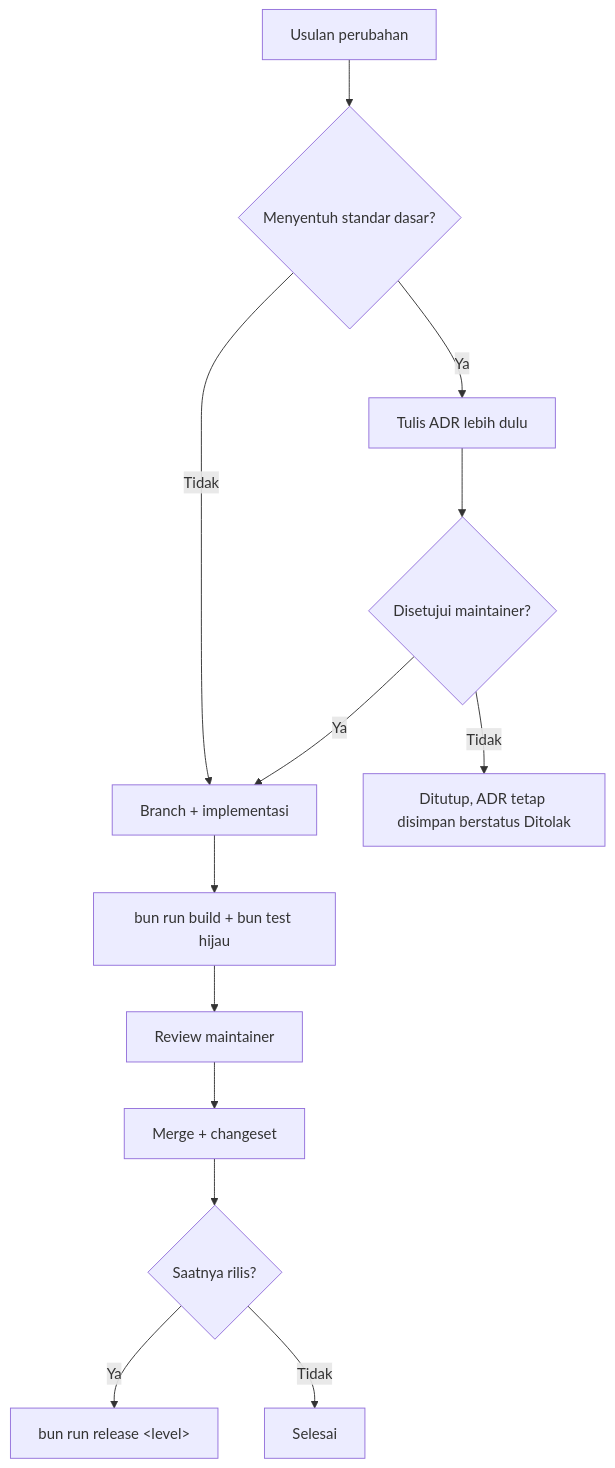
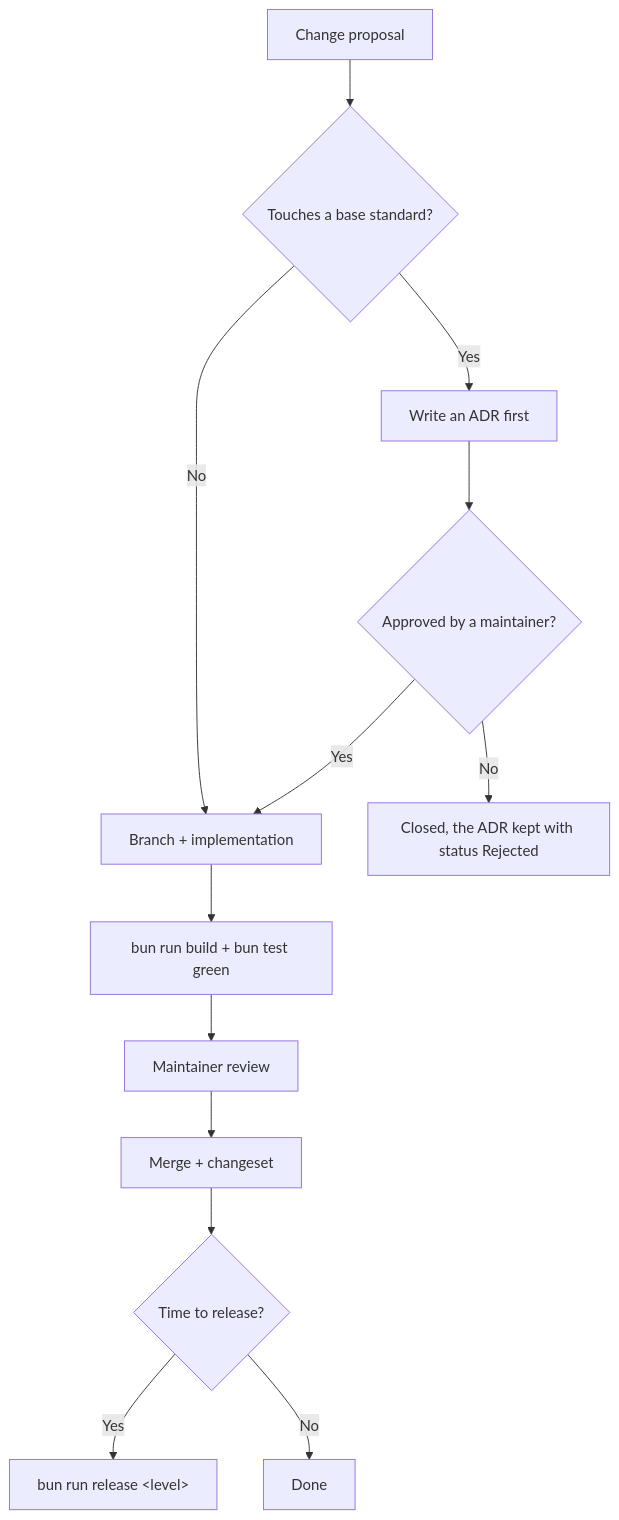
Before and after one commit to ahliweb/awcms-astro: the diagram in GOVERNANCE.md, drawn with Mermaid. The commit also changed other lines of this file and 13 other files, not shown here.

````diff
--- a/GOVERNANCE.md
+++ b/GOVERNANCE.md
@@ -42,15 +44,15 @@
 ```mermaid
 flowchart TD
-  Usul["Usulan perubahan"] --> Jenis{"Menyentuh standar dasar?"}
-  Jenis -->|Ya| ADR["Tulis ADR lebih dulu"]
-  Jenis -->|Tidak| Branch["Branch + implementasi"]
-  ADR --> Setuju{"Disetujui maintainer?"}
-  Setuju -->|Ya| Branch
-  Setuju -->|Tidak| Tutup["Ditutup, ADR tetap disimpan berstatus Ditolak"]
-  Branch --> Gerbang["bun run build + bun test hijau"]
-  Gerbang --> Review["Review maintainer"]
+  Usul["Change proposal"] --> Jenis{"Touches a base standard?"}
+  Jenis -->|Yes| ADR["Write an ADR first"]
+  Jenis -->|No| Branch["Branch + implementation"]
+  ADR --> Setuju{"Approved by a maintainer?"}
+  Setuju -->|Yes| Branch
+  Setuju -->|No| Tutup["Closed, the ADR kept with status Rejected"]
+  Branch --> Gerbang["bun run build + bun test green"]
+  Gerbang --> Review["Maintainer review"]
   Review --> Merge["Merge + changeset"]
-  Merge --> Rilis{"Saatnya rilis?"}
-  Rilis -->|Ya| Tag["bun run release &lt;level&gt;"]
-  Rilis -->|Tidak| Selesai["Selesai"]
+  Merge --> Rilis{"Time to release?"}
+  Rilis -->|Yes| Tag["bun run release &lt;level&gt;"]
+  Rilis -->|No| Selesai["Done"]
 ```
````
